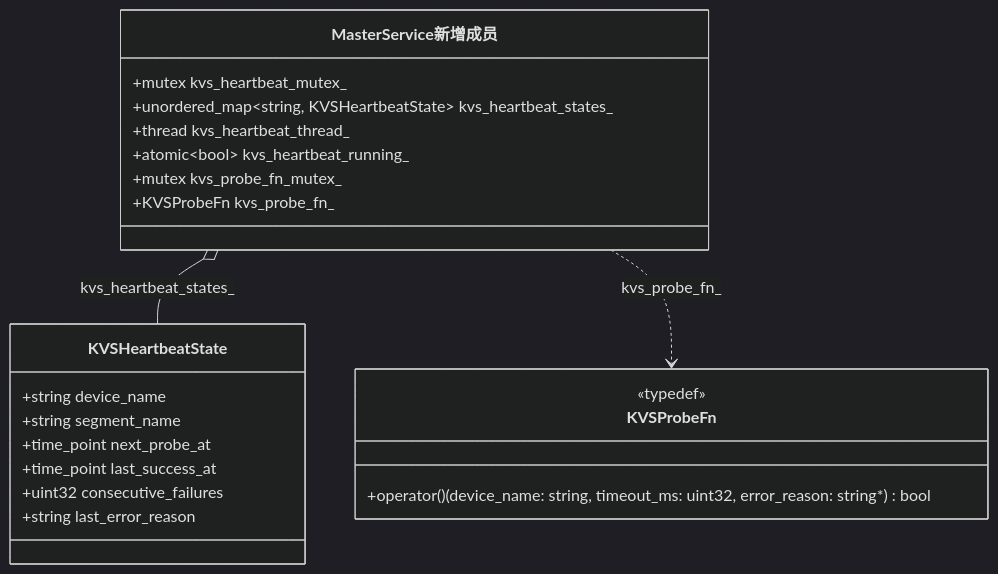
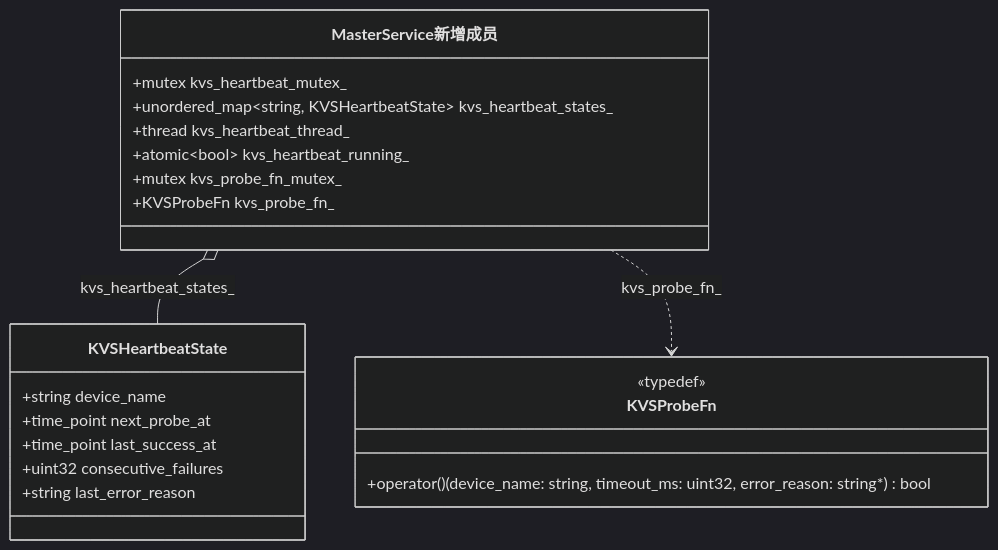
One commit to yz53665/Mooncake changed diagram 13 of 17 in mooncake-store/docs/KVUSegment_design.md. Above: the diagram before and after it, drawn with Mermaid (dark theme). The commit also changed 1 other file, not shown here.

Commit message:
更新设计文档——新增3FS适配

````diff
--- a/mooncake-store/docs/KVUSegment_design.md
+++ b/mooncake-store/docs/KVUSegment_design.md
@@ -611,30 +611,29 @@
 ```mermaid
 classDiagram
     direction TB
 
     class KVSProbeFn {
         <<typedef>>
         +operator()(device_name: string, timeout_ms: uint32, error_reason: string*) bool
     }
 
     class KVSHeartbeatState {
         +string device_name
-        +string segment_name
         +time_point next_probe_at
         +time_point last_success_at
         +uint32 consecutive_failures
         +string last_error_reason
     }
 
     class MasterService新增成员 {
         +mutex kvs_heartbeat_mutex_
         +unordered_map~string, KVSHeartbeatState~ kvs_heartbeat_states_
         +thread kvs_heartbeat_thread_
         +atomic~bool~ kvs_heartbeat_running_
         +mutex kvs_probe_fn_mutex_
         +KVSProbeFn kvs_probe_fn_
     }
 
     MasterService新增成员 o-- KVSHeartbeatState : kvs_heartbeat_states_
     MasterService新增成员 ..> KVSProbeFn : kvs_probe_fn_
 ```
````
